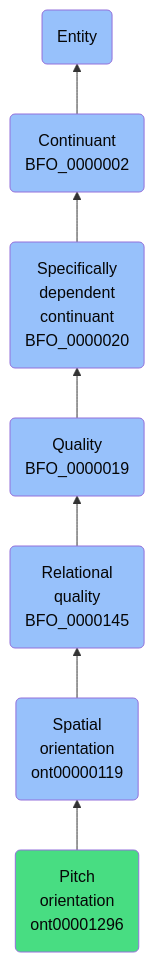
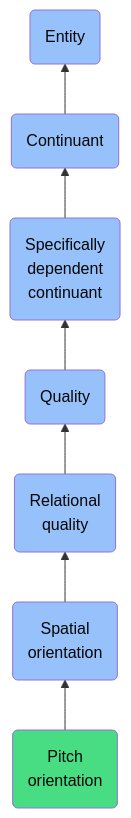
Before and after one commit to jupyter-naas/abi: the diagram in docs/ontology/reference/model/Entity/Continuant/Specifically dependent continuant/Quality/Relational quality/Spatial orientation/Pitch orientation/Pitch orientation.md, drawn with Mermaid. The commit also changed other lines of this file and 1430 other files, not shown here.

````diff
--- a/docs/ontology/reference/model/Entity/Continuant/Specifically dependent continuant/Quality/Relational quality/Spatial orientation/Pitch orientation/Pitch orientation.md
+++ b/docs/ontology/reference/model/Entity/Continuant/Specifically dependent continuant/Quality/Relational quality/Spatial orientation/Pitch orientation/Pitch orientation.md
@@ -24,14 +24,14 @@
 ```mermaid
 graph BT
-    ont00001296(Pitch<br>orientation<br>ont00001296):::ABI-->ont00000119
-    ont00000119(Spatial<br>orientation<br>ont00000119):::BFO-->BFO_0000145
-    BFO_0000145(Relational<br>quality<br>BFO_0000145):::BFO-->BFO_0000019
-    BFO_0000019(Quality<br>BFO_0000019):::BFO-->BFO_0000020
-    BFO_0000020(Specifically<br>dependent<br>continuant<br>BFO_0000020):::BFO-->BFO_0000002
-    BFO_0000002(Continuant<br>BFO_0000002):::BFO-->BFO_0000001
+    ont00001296(Pitch<br>orientation):::ABI-->ont00000119
+    ont00000119(Spatial<br>orientation):::BFO-->BFO_0000145
+    BFO_0000145(Relational<br>quality):::BFO-->BFO_0000019
+    BFO_0000019(Quality):::BFO-->BFO_0000020
+    BFO_0000020(Specifically<br>dependent<br>continuant):::BFO-->BFO_0000002
+    BFO_0000002(Continuant):::BFO-->BFO_0000001
     BFO_0000001(Entity):::BFO
     
     classDef BFO fill:#97c1fb,color:#060606
     classDef CCO fill:#e4c51e,color:#060606
     classDef ABI fill:#48DD82,color:#060606
 ```
````
